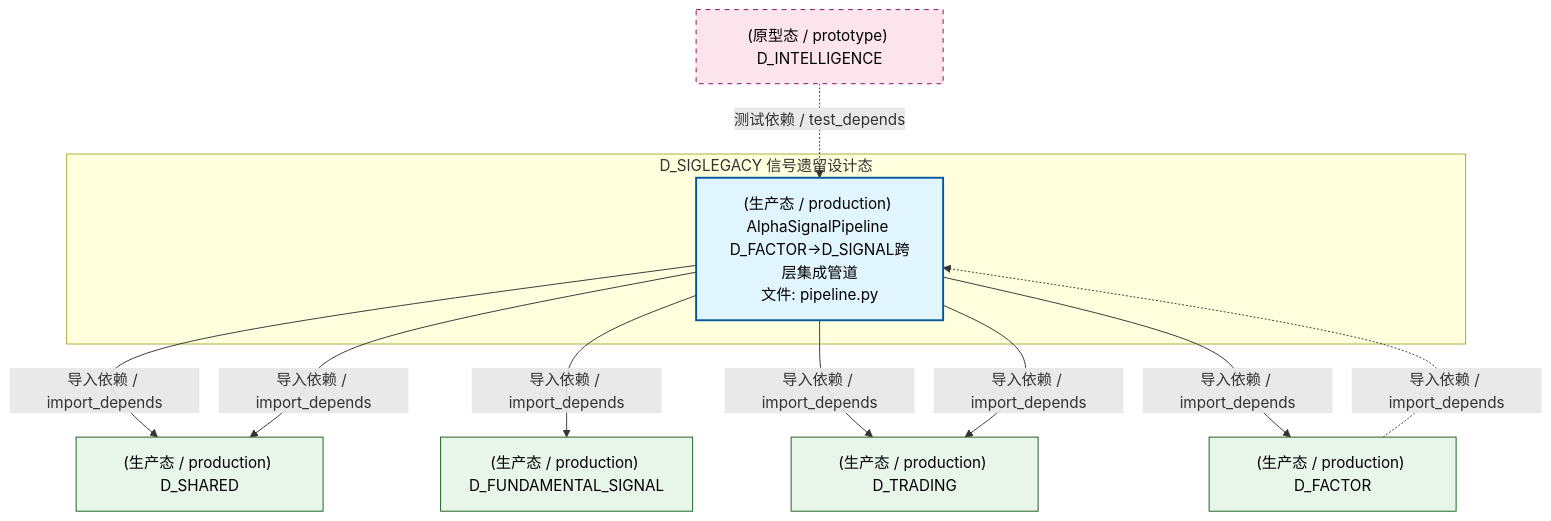
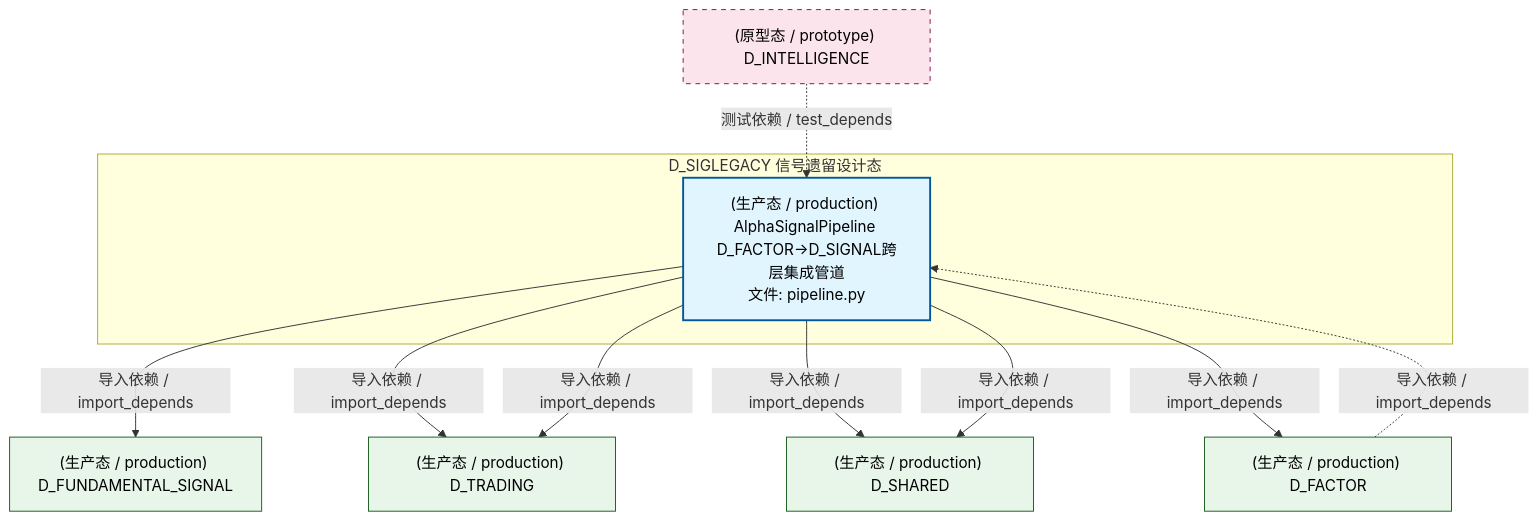
The second of 4 diagrams in docs/02_enterprise_architecture/02_domain_architecture_docs/63_d_siglegacy.md (xuanFelixVan/ZephyrAlpha), drawn with Mermaid before and after one commit. The commit also changed other lines of this file and 126 other files, not shown here.

````diff
--- a/docs/02_enterprise_architecture/02_domain_architecture_docs/63_d_siglegacy.md
+++ b/docs/02_enterprise_architecture/02_domain_architecture_docs/63_d_siglegacy.md
@@ -138,26 +138,26 @@
 ```mermaid
 graph TD
     subgraph D_SIGLEGACY["D_SIGLEGACY 信号遗留设计态"]
         src_zephyr_signal_fundamental_pipeline_py["(生产态 / production) AlphaSignalPipeline D_FACTOR->D_SIGNAL跨层集成管道<br/>文件: pipeline.py"]
     end
-    D_SHARED["(生产态 / production) D_SHARED"]
-    src_zephyr_signal_fundamental_pipeline_py -->|导入依赖 / import_depends| D_SHARED
     D_FUNDAMENTAL_SIGNAL["(生产态 / production) D_FUNDAMENTAL_SIGNAL"]
     src_zephyr_signal_fundamental_pipeline_py -->|导入依赖 / import_depends| D_FUNDAMENTAL_SIGNAL
     D_TRADING["(生产态 / production) D_TRADING"]
     src_zephyr_signal_fundamental_pipeline_py -->|导入依赖 / import_depends| D_TRADING
+    D_SHARED["(生产态 / production) D_SHARED"]
     src_zephyr_signal_fundamental_pipeline_py -->|导入依赖 / import_depends| D_SHARED
     D_FACTOR["(生产态 / production) D_FACTOR"]
     src_zephyr_signal_fundamental_pipeline_py -->|导入依赖 / import_depends| D_FACTOR
+    src_zephyr_signal_fundamental_pipeline_py -->|导入依赖 / import_depends| D_SHARED
     src_zephyr_signal_fundamental_pipeline_py -->|导入依赖 / import_depends| D_TRADING
     D_FACTOR -.->|导入依赖 / import_depends| src_zephyr_signal_fundamental_pipeline_py
     D_INTELLIGENCE["(原型态 / prototype) D_INTELLIGENCE"]
     D_INTELLIGENCE -.->|测试依赖 / test_depends| src_zephyr_signal_fundamental_pipeline_py
     classDef production fill:#e1f5fe,stroke:#01579b,stroke-width:2px,color:#000
     classDef design fill:#fff3e0,stroke:#e65100,stroke-width:2px,color:#000,stroke-dasharray: 5 5
     classDef external_prod fill:#e8f5e9,stroke:#1b5e20,stroke-width:1px,color:#000
     classDef external_design fill:#fce4ec,stroke:#880e4f,stroke-width:1px,color:#000,stroke-dasharray: 5 5
     class src_zephyr_signal_fundamental_pipeline_py production
-    class D_SHARED,D_FUNDAMENTAL_SIGNAL,D_TRADING,D_FACTOR external_prod
+    class D_FUNDAMENTAL_SIGNAL,D_TRADING,D_SHARED,D_FACTOR external_prod
     class D_INTELLIGENCE external_design
 ```
````
